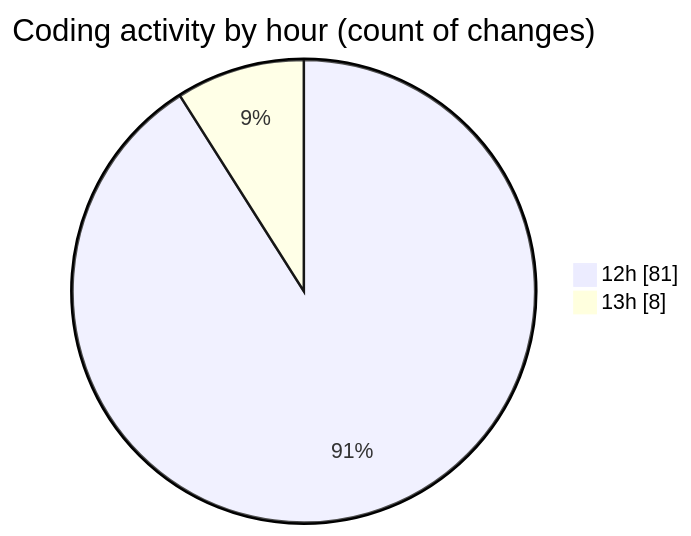
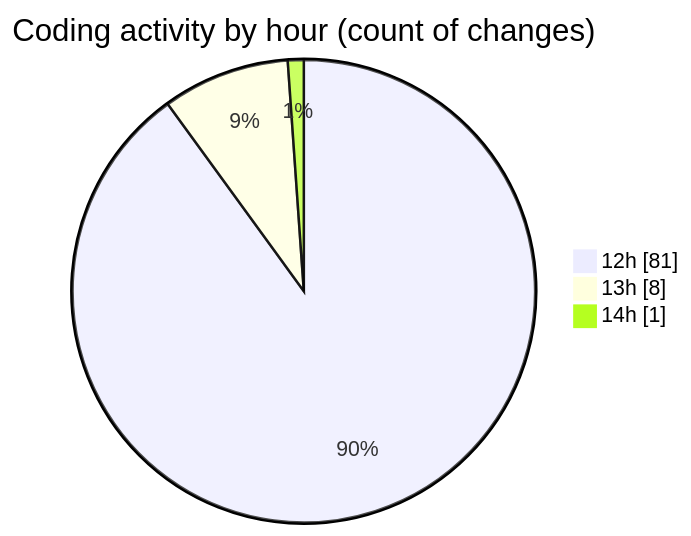
The second of 2 diagrams in 2025-12-28/rust/README.md (Ritupan-Deka/code-tracking), drawn with Mermaid before and after one commit. The commit also changed other lines of this file and 1 other file, not shown here.

````diff
--- a/2025-12-28/rust/README.md
+++ b/2025-12-28/rust/README.md
@@ -30,6 +30,7 @@
 ```mermaid
 pie showData
 title Coding activity by hour (count of changes)
 "12h" : 81
 "13h" : 8
+"14h" : 1
 ```
````
